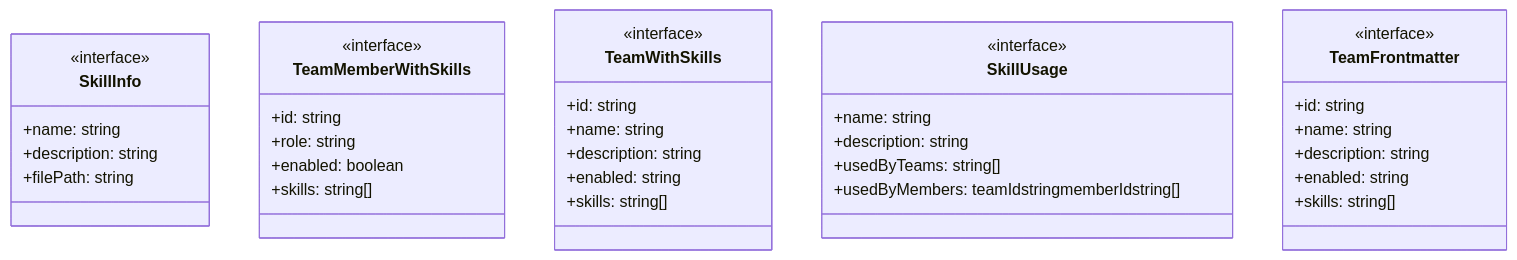
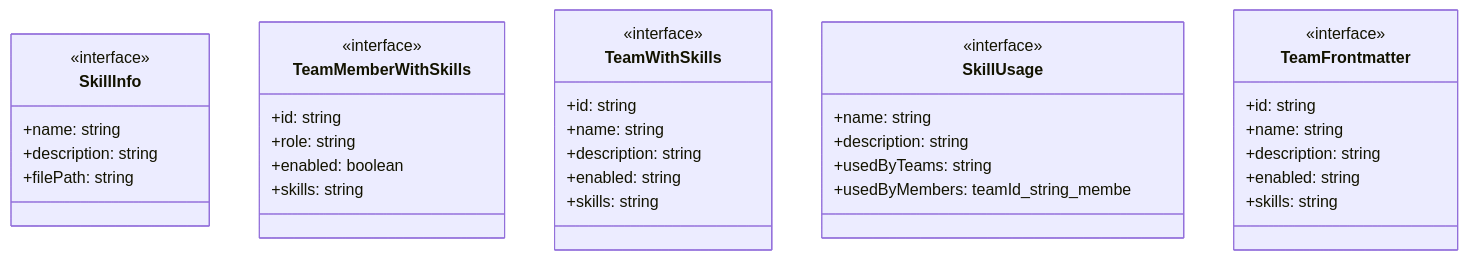
One commit to Mekann2904/mekann changed the first of 2 diagrams in ABDD/.pi/extensions/skill-inspector.md. Above: the diagram before and after it, drawn with Mermaid. The commit also changed other lines of this file and 174 other files, not shown here.

First line of the commit message:
fix(docs): ABDDのMermaid図生成エラーを修正する

````diff
--- a/ABDD/.pi/extensions/skill-inspector.md
+++ b/ABDD/.pi/extensions/skill-inspector.md
@@ -35,39 +35,39 @@
 ```mermaid
 classDiagram
   class SkillInfo {
     <<interface>>
     +name: string
     +description: string
     +filePath: string
   }
   class TeamMemberWithSkills {
     <<interface>>
     +id: string
     +role: string
     +enabled: boolean
-    +skills: string[]
+    +skills: string
   }
   class TeamWithSkills {
     <<interface>>
     +id: string
     +name: string
     +description: string
     +enabled: string
-    +skills: string[]
+    +skills: string
   }
   class SkillUsage {
     <<interface>>
     +name: string
     +description: string
-    +usedByTeams: string[]
-    +usedByMembers: teamIdstringmemberIdstring[]
+    +usedByTeams: string
+    +usedByMembers: teamId_string_membe
   }
   class TeamFrontmatter {
     <<interface>>
     +id: string
     +name: string
     +description: string
     +enabled: string
-    +skills: string[]
+    +skills: string
   }
 ```
````
